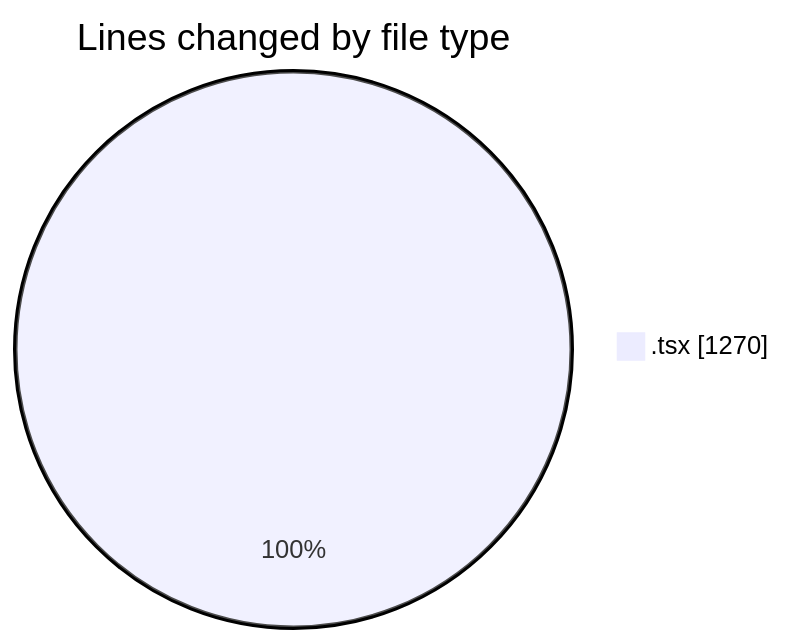
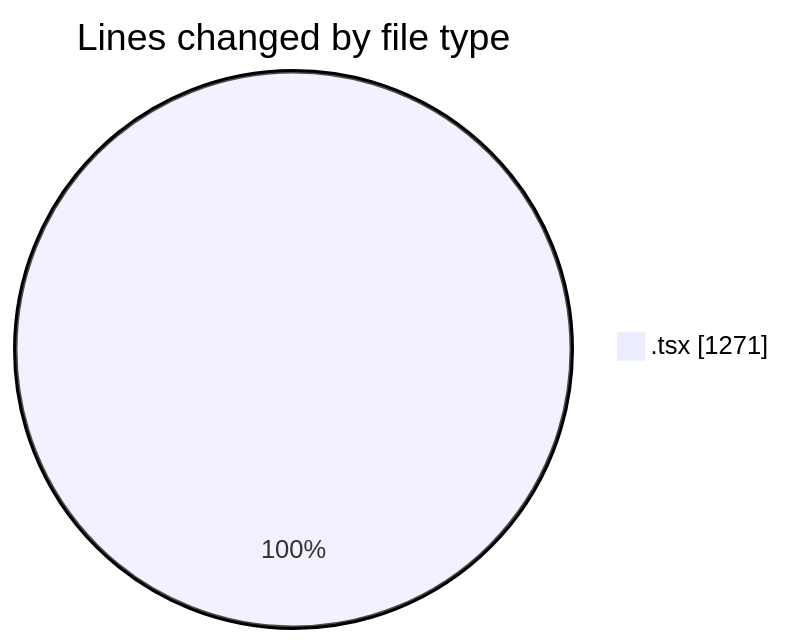
The first of 2 diagrams in 2025-10-20/scopecraft/README.md (Ritupan-Deka/code-tracking), drawn with Mermaid before and after one commit. The commit also changed other lines of this file and 1 other file, not shown here.

````diff
--- a/2025-10-20/scopecraft/README.md
+++ b/2025-10-20/scopecraft/README.md
@@ -30,5 +30,5 @@
 ```mermaid
 pie showData
 title Lines changed by file type
-".tsx" : 1270
+".tsx" : 1271
 ```
````
